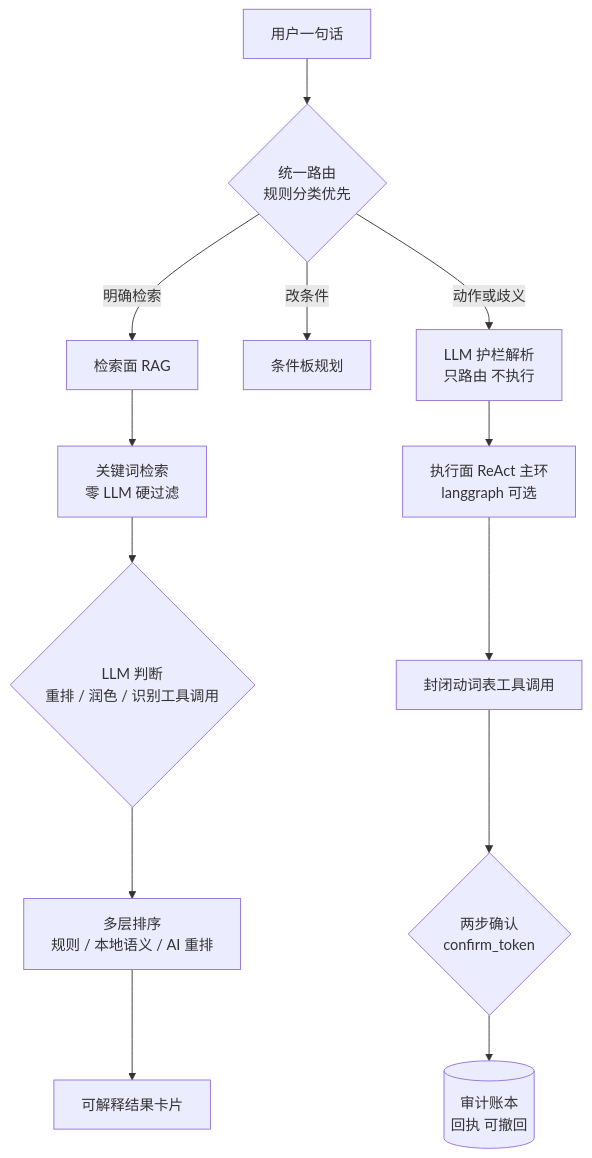
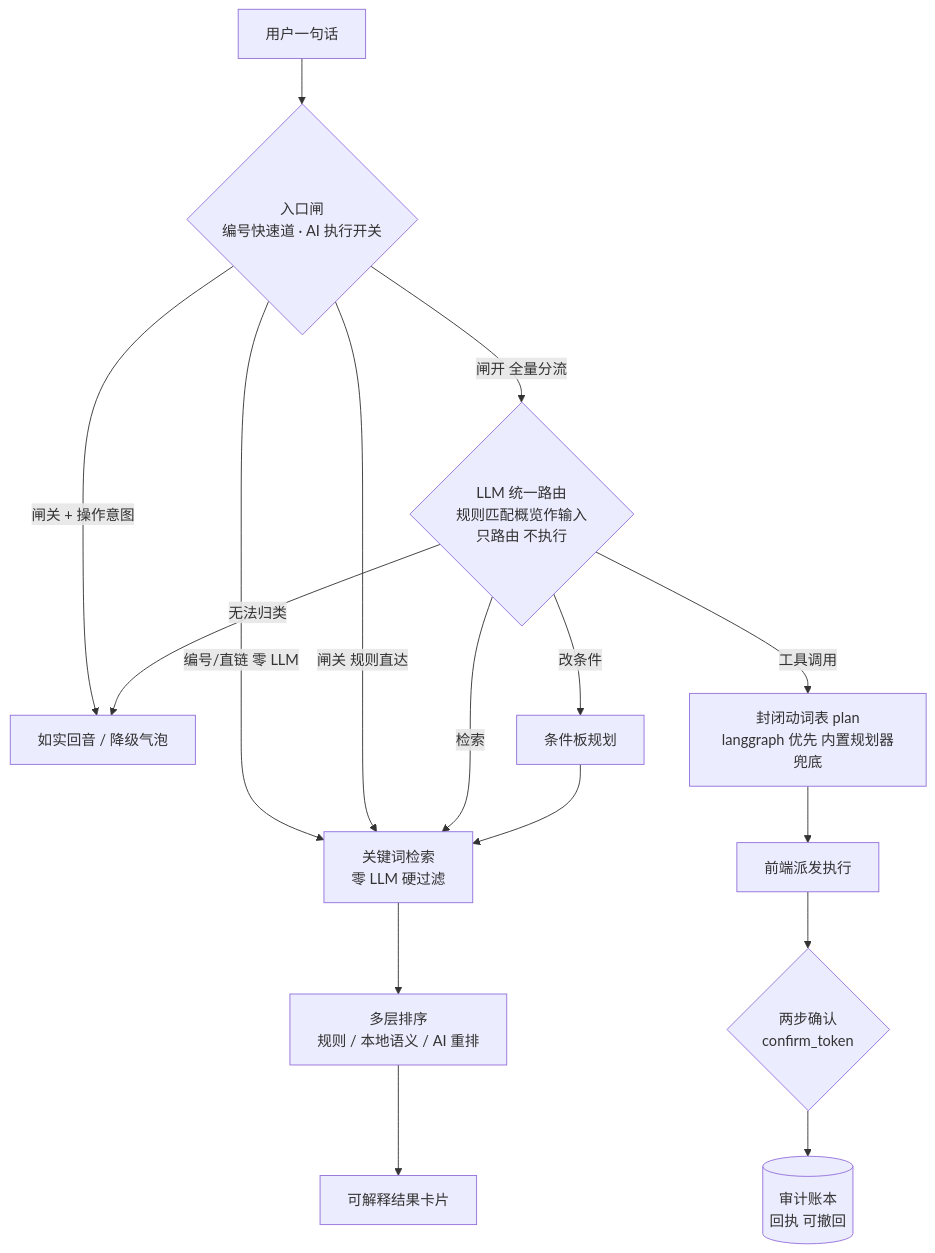
The diagram in README.md (hty8870/biodata-agent), drawn with Mermaid before and after one commit. The commit also changed other lines of this file and 3 other files, not shown here.

Commit message:
sync: align with upstream — README 架构图对齐现行统一路由 + LTR 合成脚本 v2 补派生 (#21)

````diff
--- a/README.md
+++ b/README.md
@@ -70,15 +70,18 @@
 ```mermaid
 flowchart TD
-    Q[用户一句话] --> R{统一路由<br/>规则分类优先}
-    R -->|明确检索| S[检索面 RAG]
-    R -->|改条件| P[条件板规划]
-    R -->|动作或歧义| G[LLM 护栏解析<br/>只路由 不执行]
-    S --> K[关键词检索<br/>零 LLM 硬过滤]
-    K --> J{LLM 判断<br/>重排 / 润色 / 识别工具调用}
-    J --> F[多层排序<br/>规则 / 本地语义 / AI 重排]
+    Q[用户一句话] --> G{入口闸<br/>编号快速道 · AI 执行开关}
+    G -->|编号/直链 零 LLM| K[关键词检索<br/>零 LLM 硬过滤]
+    G -->|闸关 规则直达| K
+    G -->|闸关 + 操作意图| N[如实回音 / 降级气泡]
+    G -->|闸开 全量分流| R{LLM 统一路由<br/>规则匹配概览作输入<br/>只路由 不执行}
+    R -->|检索| K
+    R -->|改条件| B[条件板规划]
+    B --> K
+    R -->|工具调用| P[封闭动词表 plan<br/>langgraph 优先 内置规划器兜底]
+    R -->|无法归类| N
+    K --> F[多层排序<br/>规则 / 本地语义 / AI 重排]
     F --> C[可解释结果卡片]
-    G --> A[执行面 ReAct 主环<br/>langgraph 可选]
-    A --> T[封闭动词表工具调用]
+    P --> T[前端派发执行]
     T --> CF{两步确认<br/>confirm_token}
     CF --> L[(审计账本<br/>回执 可撤回)]
 ```
````
